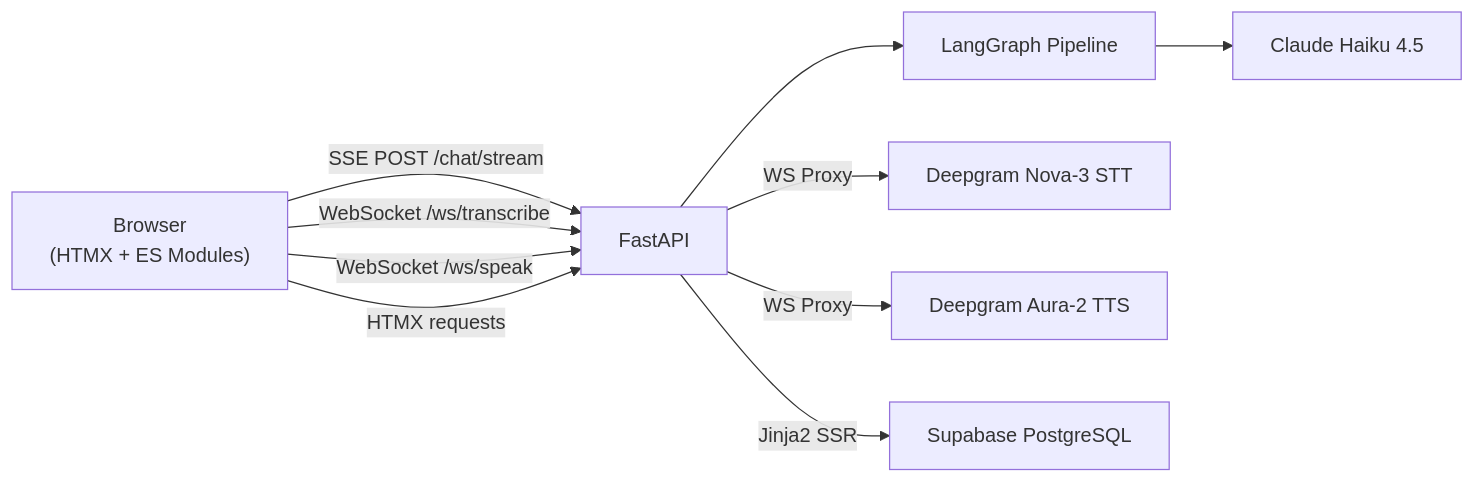
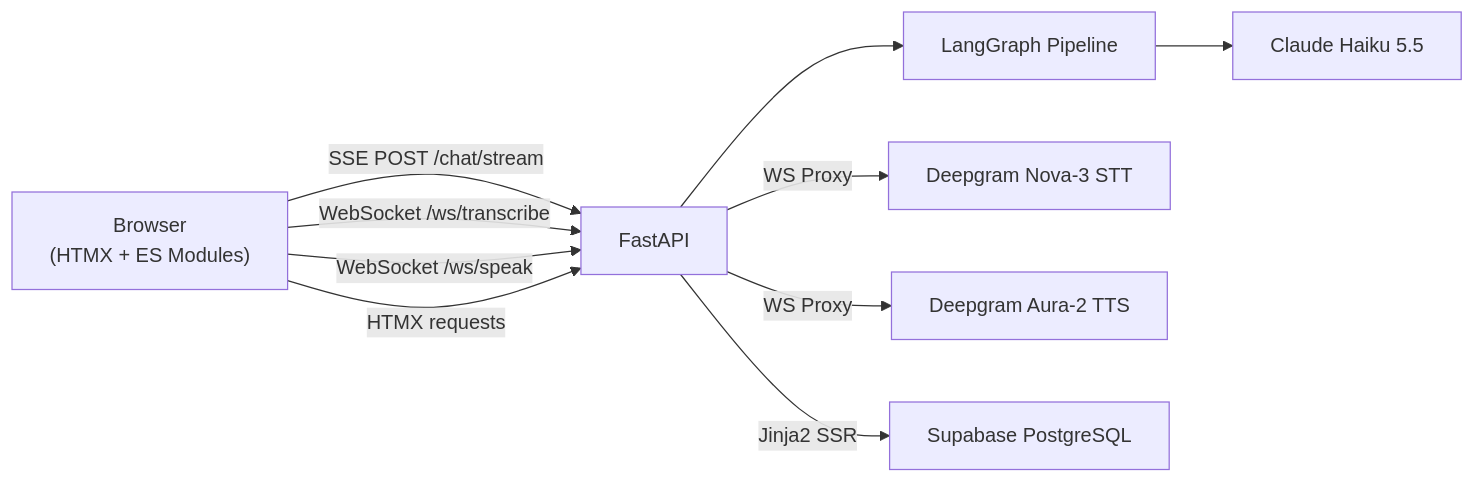
One commit to darth-dodo/habla-hermano changed the first of 5 diagrams in docs/architecture.md. Above: the diagram before and after it, drawn with Mermaid. The commit also changed other lines of this file and 6 other files, not shown here.

First line of the commit message:
feat: default chat model to Claude Haiku 5.5

````diff
--- a/docs/architecture.md
+++ b/docs/architecture.md
@@ -33,15 +33,15 @@
 ```mermaid
 graph LR
     B["Browser<br/>(HTMX + ES Modules)"]
     F["FastAPI"]
     LG["LangGraph Pipeline"]
-    C["Claude Haiku 4.5"]
+    C["Claude Haiku 5.5"]
     DG_STT["Deepgram Nova-3 STT"]
     DG_TTS["Deepgram Aura-2 TTS"]
     DB["Supabase PostgreSQL"]
 
     B -- "SSE POST /chat/stream" --> F --> LG --> C
     B -- "WebSocket /ws/transcribe" --> F -- "WS Proxy" --> DG_STT
     B -- "WebSocket /ws/speak" --> F -- "WS Proxy" --> DG_TTS
     B -- "HTMX requests" --> F -- "Jinja2 SSR" --> DB
 ```
````
